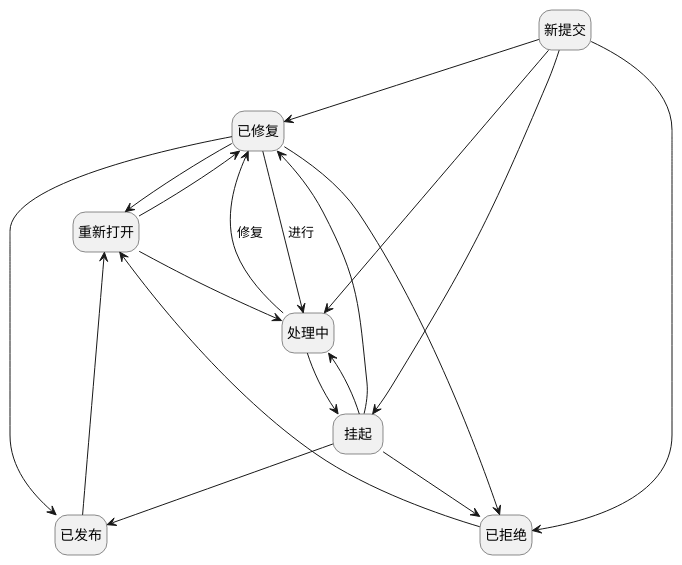
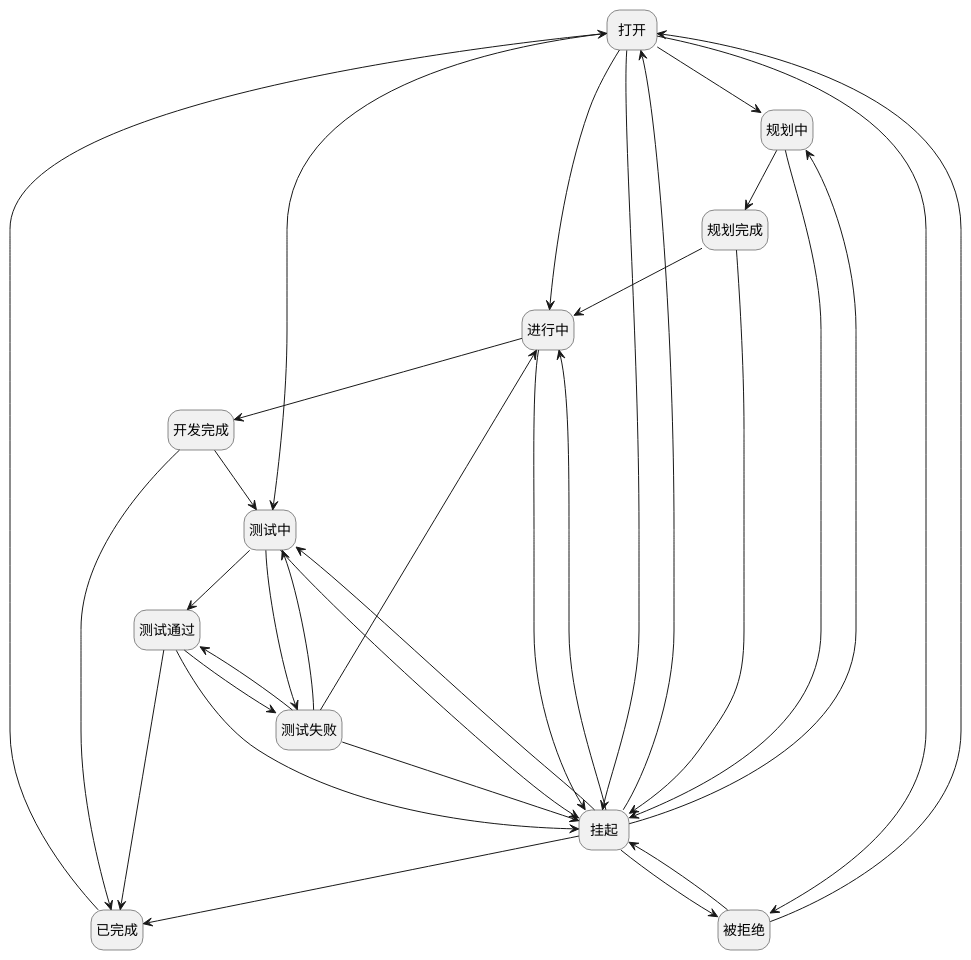
The diagram in doc/docsify/module/ProjMgmt/work_item/mslogic/scrum_bug.md (iBizLab/plm), drawn with PlantUML before and after one commit. The commit also changed other lines of this file and 2688 other files, not shown here.

````diff
--- a/doc/docsify/module/ProjMgmt/work_item/mslogic/scrum_bug.md
+++ b/doc/docsify/module/ProjMgmt/work_item/mslogic/scrum_bug.md
@@ -7,41 +7,59 @@
 ```plantuml
 @startuml
 hide empty description
 <style>
 root {
   HyperlinkColor #42b983
 }
 </style>
 
 hide empty description
-state "新提交" as MAINSTATE1  [[$./scrum_bug#mainstate1 {"新提交"}]]
-state "重新打开" as MAINSTATE5  [[$./scrum_bug#mainstate5 {"重新打开"}]]
-state "已修复" as MAINSTATE3  [[$./scrum_bug#mainstate3 {"已修复"}]]
-state "已发布" as MAINSTATE6  [[$./scrum_bug#mainstate6 {"已发布"}]]
-state "处理中" as MAINSTATE2  [[$./scrum_bug#mainstate2 {"处理中"}]]
-state "挂起" as MAINSTATE7  [[$./scrum_bug#mainstate7 {"挂起"}]]
-state "已拒绝" as MAINSTATE4  [[$./scrum_bug#mainstate4 {"已拒绝"}]]
+state "打开" as MAINSTATE1  [[$./scrum_bug#mainstate1 {"打开"}]]
+state "规划中" as MAINSTATE5  [[$./scrum_bug#mainstate5 {"规划中"}]]
+state "规划完成" as MAINSTATE6  [[$./scrum_bug#mainstate6 {"规划完成"}]]
+state "进行中" as MAINSTATE2  [[$./scrum_bug#mainstate2 {"进行中"}]]
+state "开发完成" as MAINSTATE8  [[$./scrum_bug#mainstate8 {"开发完成"}]]
+state "测试中" as MAINSTATE9  [[$./scrum_bug#mainstate9 {"测试中"}]]
+state "测试通过" as MAINSTATE10  [[$./scrum_bug#mainstate10 {"测试通过"}]]
+state "测试失败" as MAINSTATE11  [[$./scrum_bug#mainstate11 {"测试失败"}]]
+state "已完成" as MAINSTATE3  [[$./scrum_bug#mainstate3 {"已完成"}]]
+state "挂起" as MAINSTATE4  [[$./scrum_bug#mainstate4 {"挂起"}]]
+state "被拒绝" as MAINSTATE7  [[$./scrum_bug#mainstate7 {"被拒绝"}]]
 
 
+MAINSTATE1 --> MAINSTATE5
+MAINSTATE5 --> MAINSTATE6
+MAINSTATE6 --> MAINSTATE2
+MAINSTATE2 --> MAINSTATE8
+MAINSTATE8 --> MAINSTATE9
+MAINSTATE9 --> MAINSTATE11
+MAINSTATE11 --> MAINSTATE2
+MAINSTATE11 --> MAINSTATE9
+MAINSTATE11 --> MAINSTATE10
+MAINSTATE10 --> MAINSTATE11
+MAINSTATE10 --> MAINSTATE3
+MAINSTATE3 --> MAINSTATE1
+MAINSTATE10 --> MAINSTATE4
+MAINSTATE4 --> MAINSTATE1
+MAINSTATE4 --> MAINSTATE2
+MAINSTATE4 --> MAINSTATE5
+MAINSTATE4 --> MAINSTATE9
+MAINSTATE4 --> MAINSTATE3
+MAINSTATE4 --> MAINSTATE7
+MAINSTATE7 --> MAINSTATE1
+MAINSTATE7 --> MAINSTATE4
+MAINSTATE11 --> MAINSTATE4
+MAINSTATE9 --> MAINSTATE10
+MAINSTATE9 --> MAINSTATE4
+MAINSTATE8 --> MAINSTATE3
+MAINSTATE2 --> MAINSTATE4
+MAINSTATE6 --> MAINSTATE4
+MAINSTATE5 --> MAINSTATE4
 MAINSTATE1 --> MAINSTATE2
-MAINSTATE2 --> MAINSTATE3 : 修复
-MAINSTATE3 --> MAINSTATE4
-MAINSTATE4 --> MAINSTATE5
-MAINSTATE5 --> MAINSTATE2
-MAINSTATE5 --> MAINSTATE3
-MAINSTATE3 --> MAINSTATE2 : 进行
-MAINSTATE3 --> MAINSTATE5
-MAINSTATE3 --> MAINSTATE6
-MAINSTATE6 --> MAINSTATE5
-MAINSTATE2 --> MAINSTATE7
-MAINSTATE7 --> MAINSTATE4
-MAINSTATE7 --> MAINSTATE2
-MAINSTATE7 --> MAINSTATE3
-MAINSTATE7 --> MAINSTATE6
-MAINSTATE1 --> MAINSTATE3
+MAINSTATE1 --> MAINSTATE9
 MAINSTATE1 --> MAINSTATE7
 MAINSTATE1 --> MAINSTATE4
 
 
 @enduml
 ```
````
